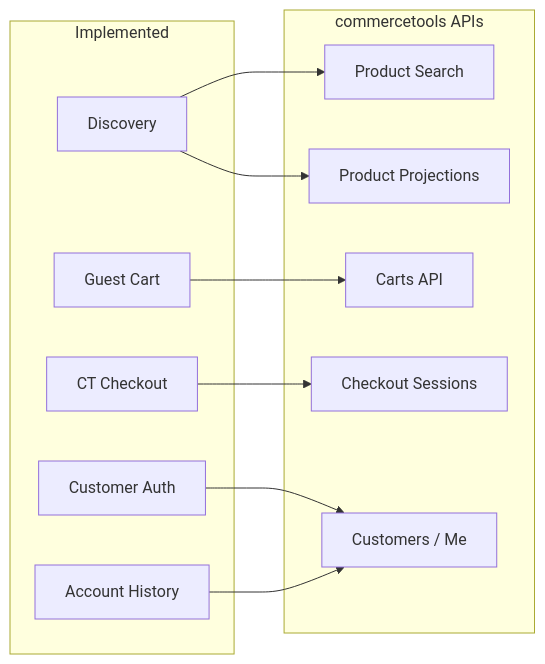
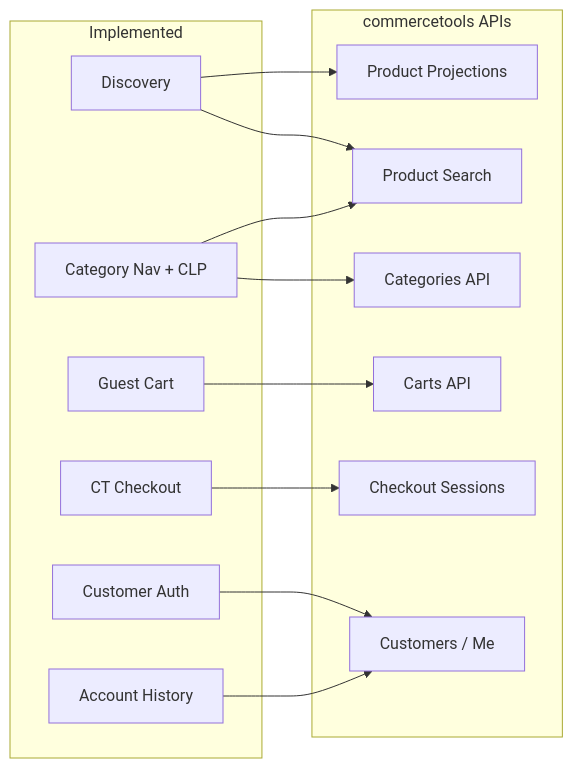
One commit to tomasz-miller/zero-to-ct-storefront changed the first of 2 diagrams in docs/ROADMAP.md. Above: the diagram before and after it, drawn with Mermaid. The commit also changed other lines of this file and 25 other files, not shown here.

````diff
--- a/docs/ROADMAP.md
+++ b/docs/ROADMAP.md
@@ -93,23 +99,27 @@
 ```mermaid
 flowchart LR
   subgraph implemented [Implemented]
     Discovery[Discovery]
+    Categories[Category Nav + CLP]
     Cart[Guest Cart]
     Checkout[CT Checkout]
     Auth[Customer Auth]
     Account[Account History]
   end
   subgraph ct [commercetools APIs]
     PS[Product Search]
     PP[Product Projections]
+    Cats[Categories API]
     Carts[Carts API]
     Sessions[Checkout Sessions]
     Customers[Customers / Me]
   end
   Discovery --> PS
   Discovery --> PP
+  Categories --> Cats
+  Categories --> PS
   Cart --> Carts
   Checkout --> Sessions
   Auth --> Customers
   Account --> Customers
 ```
````
